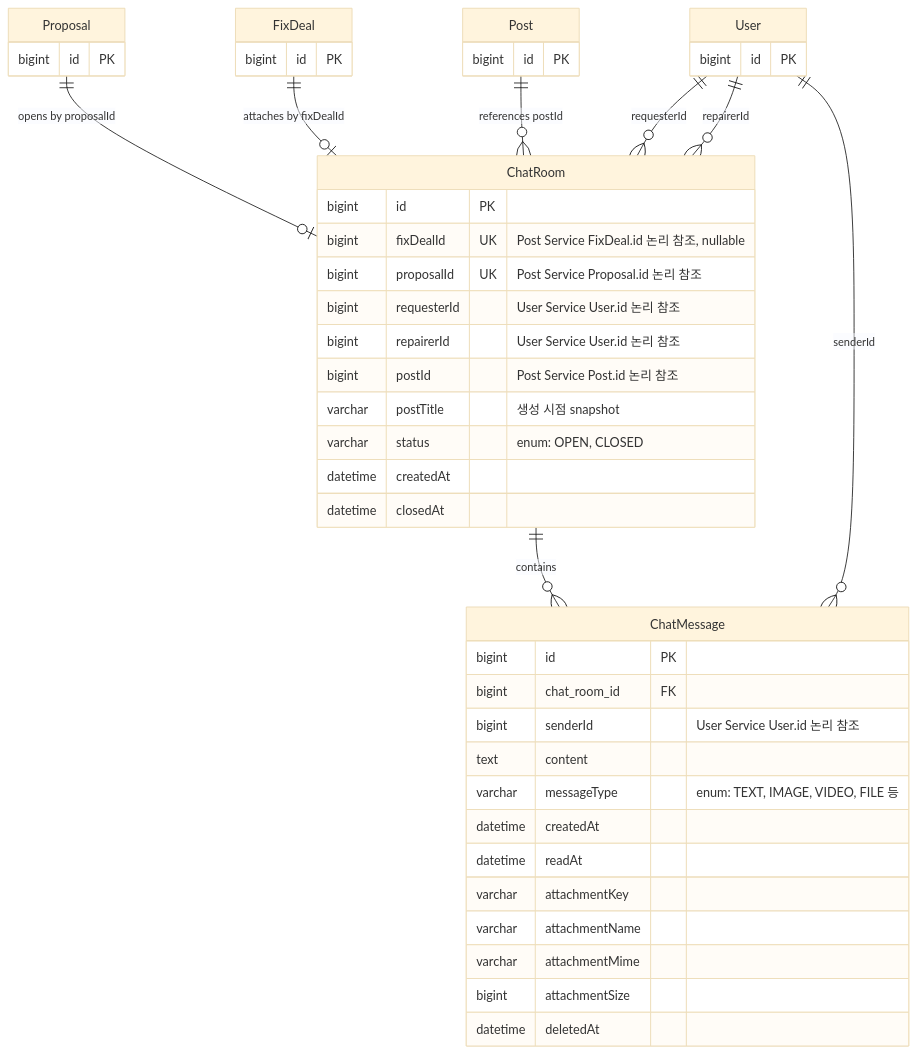
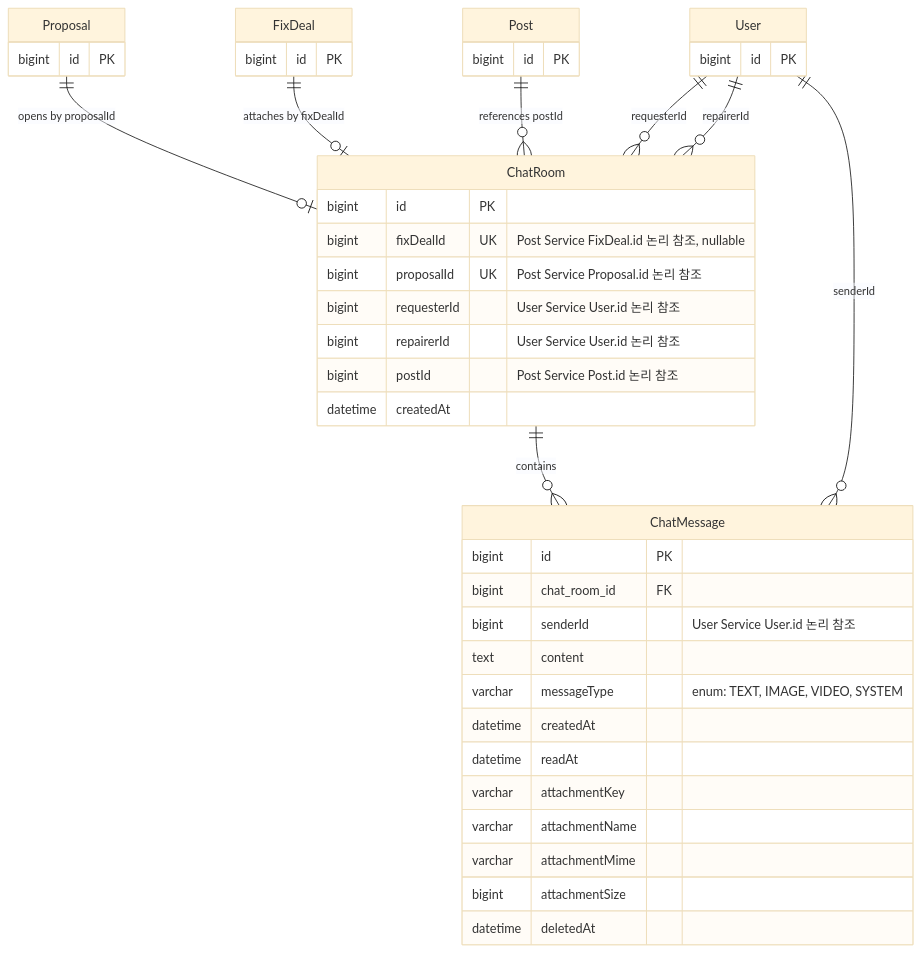
One commit to likelion-backend-24th/Final-Project-Mokoco changed the fourth of 4 diagrams in docs/ERD 정의서.md. Above: the diagram before and after it, drawn with Mermaid (base theme). The commit also changed other lines of this file and 10 other files, not shown here.

````diff
--- a/docs/ERD 정의서.md
+++ b/docs/ERD 정의서.md
@@ -294,60 +295,57 @@
 ```mermaid
 erDiagram
     %% Chat Service는 ChatRoom / ChatMessage만 소유
     %% User, Post, Proposal, FixDeal은 타 서비스 데이터이므로 ID만 논리 참조
     %% 실제 FK 관계를 만들지 않음
 
     User {
         bigint id PK
     }
 
     Post {
         bigint id PK
     }
 
     Proposal {
         bigint id PK
     }
 
     FixDeal {
         bigint id PK
     }
 
     ChatRoom {
         bigint id PK
         bigint fixDealId UK "Post Service FixDeal.id 논리 참조, nullable"
         bigint proposalId UK "Post Service Proposal.id 논리 참조"
         bigint requesterId "User Service User.id 논리 참조"
         bigint repairerId "User Service User.id 논리 참조"
         bigint postId "Post Service Post.id 논리 참조"
-        varchar postTitle "생성 시점 snapshot"
-        varchar status "enum: OPEN, CLOSED"
         datetime createdAt
-        datetime closedAt
     }
 
     ChatMessage {
         bigint id PK
         bigint chat_room_id FK
         bigint senderId "User Service User.id 논리 참조"
         text content
-        varchar messageType "enum: TEXT, IMAGE, VIDEO, FILE 등"
+        varchar messageType "enum: TEXT, IMAGE, VIDEO, SYSTEM"
         datetime createdAt
         datetime readAt
         varchar attachmentKey
         varchar attachmentName
         varchar attachmentMime
         bigint attachmentSize
         datetime deletedAt
     }
 
     Proposal ||--o| ChatRoom : "opens by proposalId"
     FixDeal ||--o| ChatRoom : "attaches by fixDealId"
     Post ||--o{ ChatRoom : "references postId"
 
     User ||--o{ ChatRoom : "requesterId"
     User ||--o{ ChatRoom : "repairerId"
 
     ChatRoom ||--o{ ChatMessage : "contains"
     User ||--o{ ChatMessage : "senderId"
 ```
````
